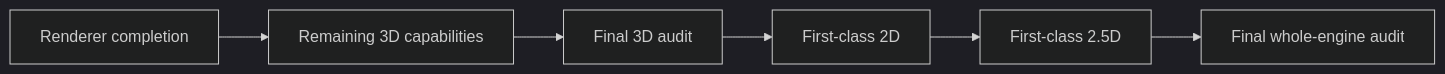
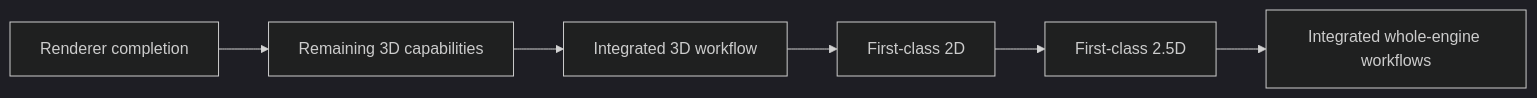
The diagram in docs/roadmap.md (bconnell/HenkaEngine), drawn with Mermaid (dark theme) before and after one commit. The commit also changed other lines of this file and 15 other files, not shown here.

````diff
--- a/docs/roadmap.md
+++ b/docs/roadmap.md
@@ -69,11 +69,11 @@
 ```mermaid
 flowchart LR
     Renderer[Renderer completion]
     ThreeD[Remaining 3D capabilities]
-    Final3D[Final 3D audit]
+    Final3D[Integrated 3D workflow]
     TwoD[First-class 2D]
     TwoFiveD[First-class 2.5D]
-    FinalAll[Final whole-engine audit]
+    FinalAll[Integrated whole-engine workflows]
 
     Renderer --> ThreeD --> Final3D --> TwoD --> TwoFiveD --> FinalAll
 ```
````
